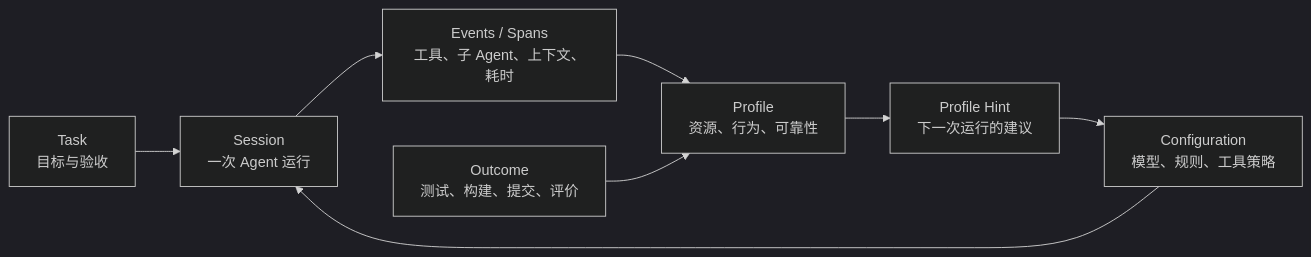
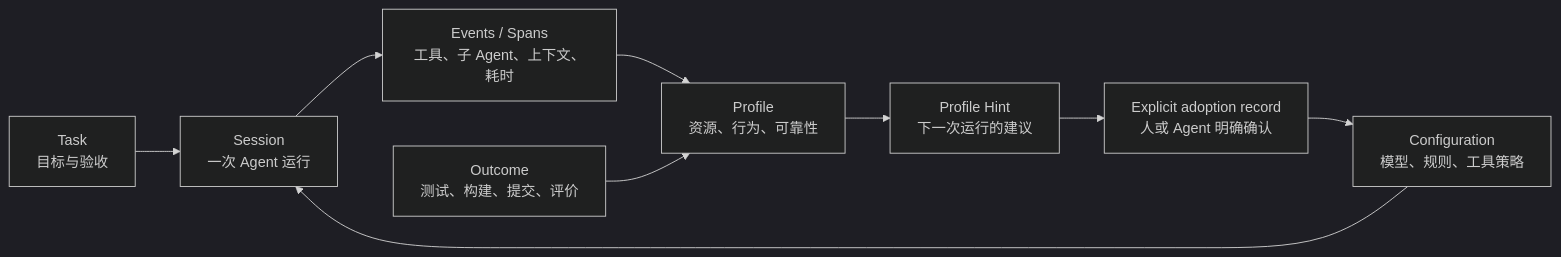
The diagram in docs/agent-runtime-profile-design.md (groot-guo/agent-profile), drawn with Mermaid (dark theme) before and after one commit. The commit also changed other lines of this file and 13 other files, not shown here.

````diff
--- a/docs/agent-runtime-profile-design.md
+++ b/docs/agent-runtime-profile-design.md
@@ -35,10 +38,11 @@
 ```mermaid
 flowchart LR
   T["Task\n目标与验收"] --> S["Session\n一次 Agent 运行"]
   C["Configuration\n模型、规则、工具策略"] --> S
   S --> E["Events / Spans\n工具、子 Agent、上下文、耗时"]
   E --> P["Profile\n资源、行为、可靠性"]
   O["Outcome\n测试、构建、提交、评价"] --> P
   P --> H["Profile Hint\n下一次运行的建议"]
-  H --> C
+  H --> A["Explicit adoption record\n人或 Agent 明确确认"]
+  A --> C
 ```
````
